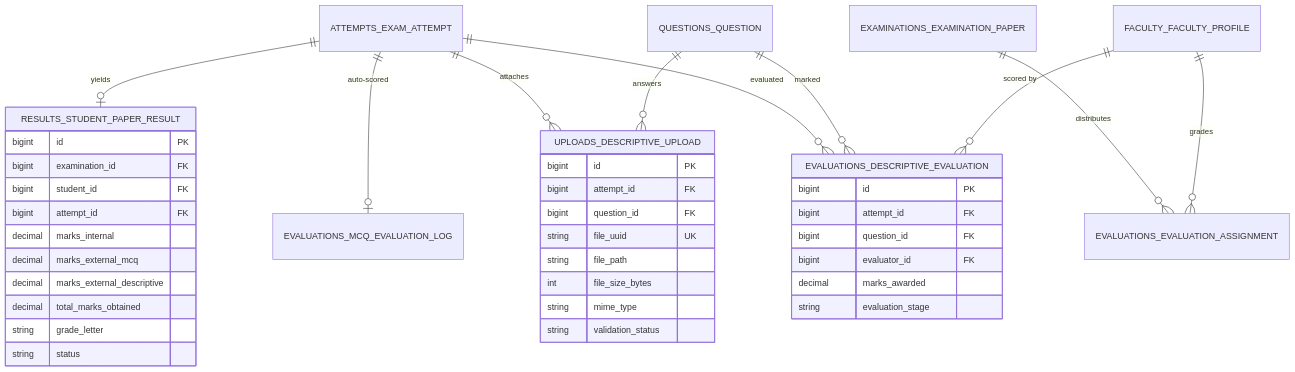
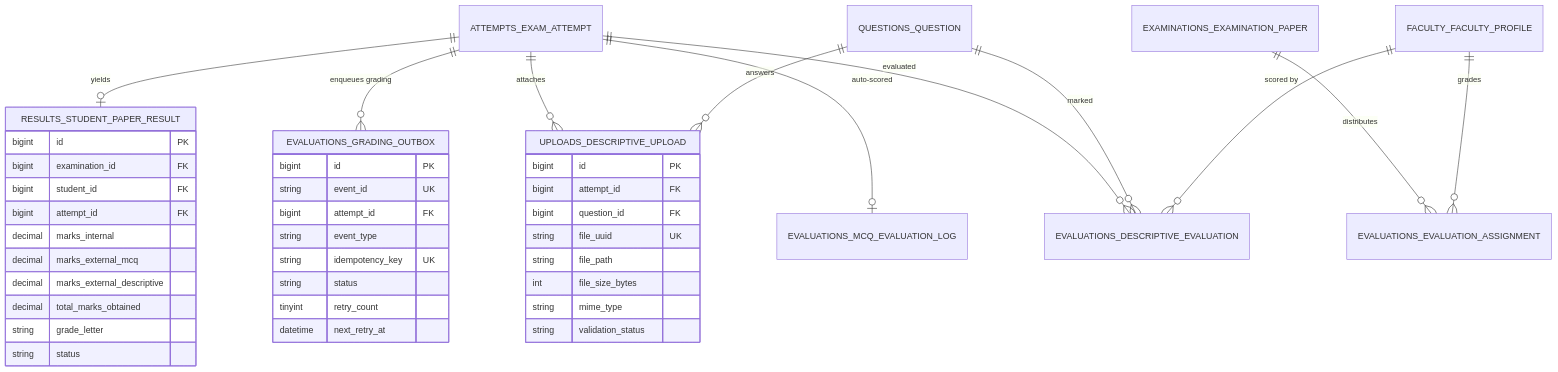
One commit to USER-00001-IND/college-online-examination-system changed the fifth of 7 diagrams in docs/database-architecture.md. Above: the diagram before and after it, drawn with Mermaid. The commit also changed other lines of this file and 1 other file, not shown here.

````diff
--- a/docs/database-architecture.md
+++ b/docs/database-architecture.md
@@ -1556,46 +1686,49 @@
 ```mermaid
 erDiagram
     ATTEMPTS_EXAM_ATTEMPT ||--o{ UPLOADS_DESCRIPTIVE_UPLOAD : "attaches"
     QUESTIONS_QUESTION ||--o{ UPLOADS_DESCRIPTIVE_UPLOAD : "answers"
 
     EXAMINATIONS_EXAMINATION_PAPER ||--o{ EVALUATIONS_EVALUATION_ASSIGNMENT : "distributes"
     FACULTY_FACULTY_PROFILE ||--o{ EVALUATIONS_EVALUATION_ASSIGNMENT : "grades"
 
     ATTEMPTS_EXAM_ATTEMPT ||--o{ EVALUATIONS_DESCRIPTIVE_EVALUATION : "evaluated"
     QUESTIONS_QUESTION ||--o{ EVALUATIONS_DESCRIPTIVE_EVALUATION : "marked"
     FACULTY_FACULTY_PROFILE ||--o{ EVALUATIONS_DESCRIPTIVE_EVALUATION : "scored by"
 
     ATTEMPTS_EXAM_ATTEMPT ||--o| EVALUATIONS_MCQ_EVALUATION_LOG : "auto-scored"
+    ATTEMPTS_EXAM_ATTEMPT ||--o{ EVALUATIONS_GRADING_OUTBOX : "enqueues grading"
     ATTEMPTS_EXAM_ATTEMPT ||--o| RESULTS_STUDENT_PAPER_RESULT : "yields"
 
     UPLOADS_DESCRIPTIVE_UPLOAD {
         bigint id PK
         bigint attempt_id FK
         bigint question_id FK
         string file_uuid UK
         string file_path
         int file_size_bytes
         string mime_type
         string validation_status
     }
-    EVALUATIONS_DESCRIPTIVE_EVALUATION {
+    EVALUATIONS_GRADING_OUTBOX {
         bigint id PK
+        string event_id UK
         bigint attempt_id FK
-        bigint question_id FK
-        bigint evaluator_id FK
-        decimal marks_awarded
-        string evaluation_stage
+        string event_type
+        string idempotency_key UK
+        string status
+        tinyint retry_count
+        datetime next_retry_at
     }
     RESULTS_STUDENT_PAPER_RESULT {
         bigint id PK
         bigint examination_id FK
         bigint student_id FK
         bigint attempt_id FK
         decimal marks_internal
         decimal marks_external_mcq
         decimal marks_external_descriptive
         decimal total_marks_obtained
         string grade_letter
         string status
     }
 ```
````
